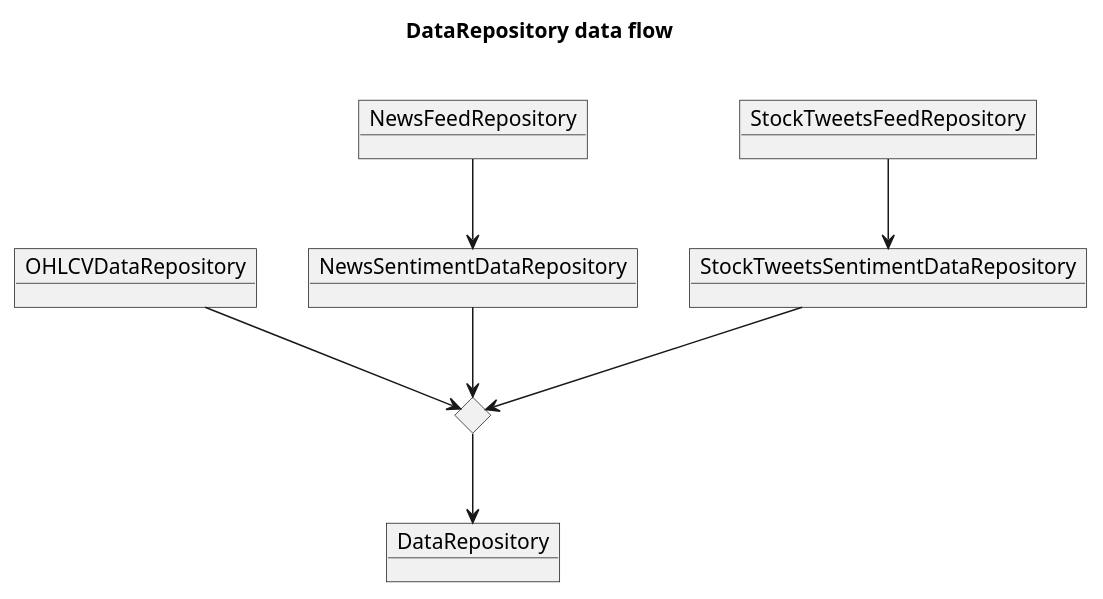
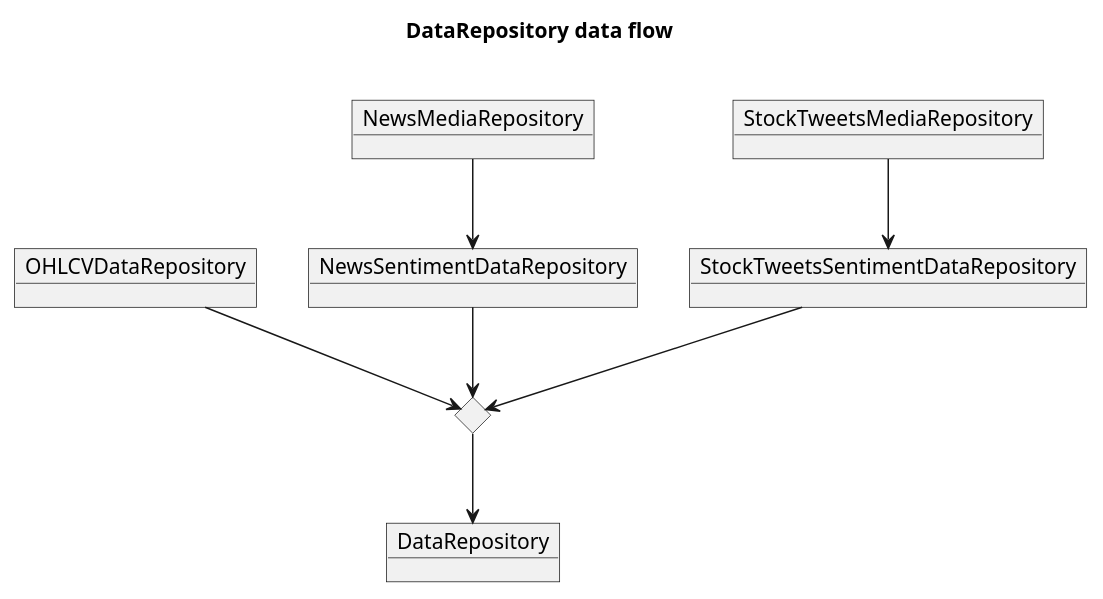
Before and after one commit to lomagno2003/deep-reinforcement-learning-trader: the diagram in docs/data-provider-colaboration.puml, drawn with PlantUML. The commit also changed 22 other files, not shown here.

Commit message:
chore: Rename Feed to Media. chore: Refactor sentiment data repository into sentiment media repository. feat: Implement cached media repository.

```diff
--- a/docs/data-provider-colaboration.puml
+++ b/docs/data-provider-colaboration.puml
@@ -1,27 +1,27 @@
 @startuml
 'https://plantuml.com/class-diagram
 title
 DataRepository data flow
 
 end title
 
 object DataRepository
 object OHLCVDataRepository
-object NewsFeedRepository
+object NewsMediaRepository
 object NewsSentimentDataRepository
-object StockTweetsFeedRepository
+object StockTweetsMediaRepository
 object StockTweetsSentimentDataRepository
 diamond mergeData
 
 
 OHLCVDataRepository --> mergeData
 
-NewsFeedRepository --> NewsSentimentDataRepository
+NewsMediaRepository --> NewsSentimentDataRepository
 NewsSentimentDataRepository --> mergeData
 
-StockTweetsFeedRepository --> StockTweetsSentimentDataRepository
+StockTweetsMediaRepository --> StockTweetsSentimentDataRepository
 StockTweetsSentimentDataRepository --> mergeData
 
 mergeData --> DataRepository
 
 @enduml
```
